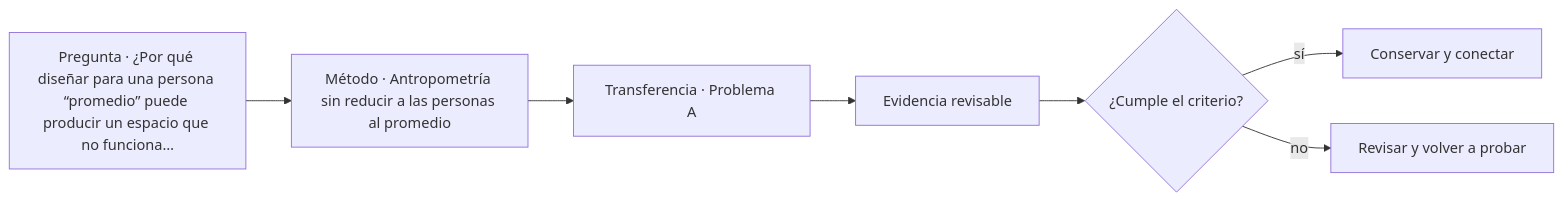
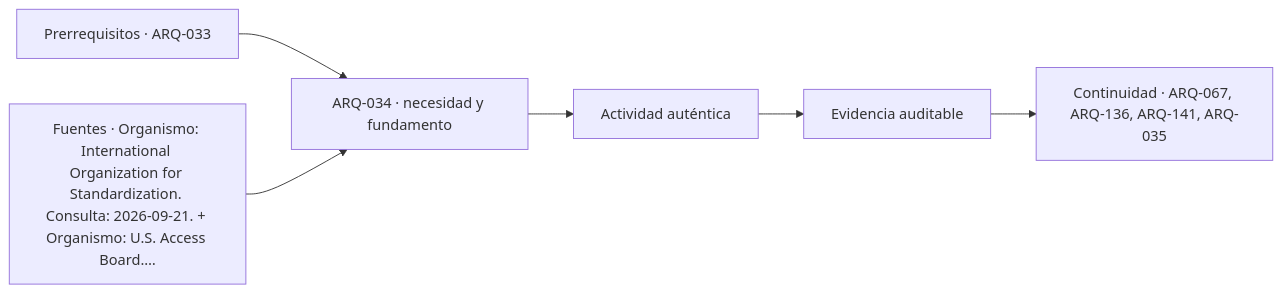
Before and after one commit to vladimiracunadev-create/architecture-built-environment-learning-program: the diagram in classes/parte-04/ARQ-034.md, drawn with Mermaid. The commit also changed other lines of this file and 761 other files, not shown here.

````diff
--- a/classes/parte-04/ARQ-034.md
+++ b/classes/parte-04/ARQ-034.md
@@ -144,9 +156,8 @@
 ```mermaid
 flowchart LR
-    Q["Pregunta · ¿Por qué diseñar para una persona “promedio” puede producir un espacio que no funciona…"] --> M["Método · Antropometría sin reducir a las personas al promedio"]
-    M --> P["Transferencia · Problema A"]
-    P --> E["Evidencia revisable"]
-    E --> C{"¿Cumple el criterio?"}
-    C -->|sí| T["Conservar y conectar"]
-    C -->|no| R["Revisar y volver a probar"]
+    A["Prerrequisitos · ARQ-033"] --> B["ARQ-034 · necesidad y fundamento"]
+    S["Fuentes · Organismo: International Organization for Standardization. Consulta: 2026-09-21. + Organismo: U.S. Access Board.…"] --> B
+    B --> C["Actividad auténtica"]
+    C --> D["Evidencia auditable"]
+    D --> E["Continuidad · ARQ-067, ARQ-136, ARQ-141, ARQ-035"]
 ```
````
